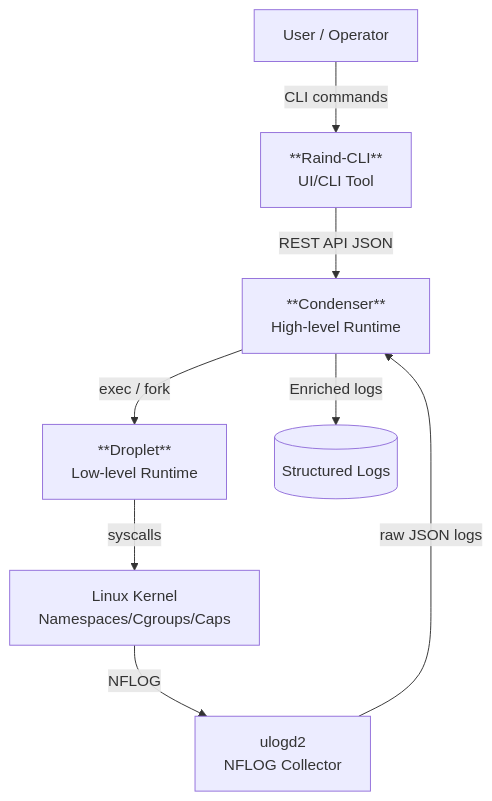
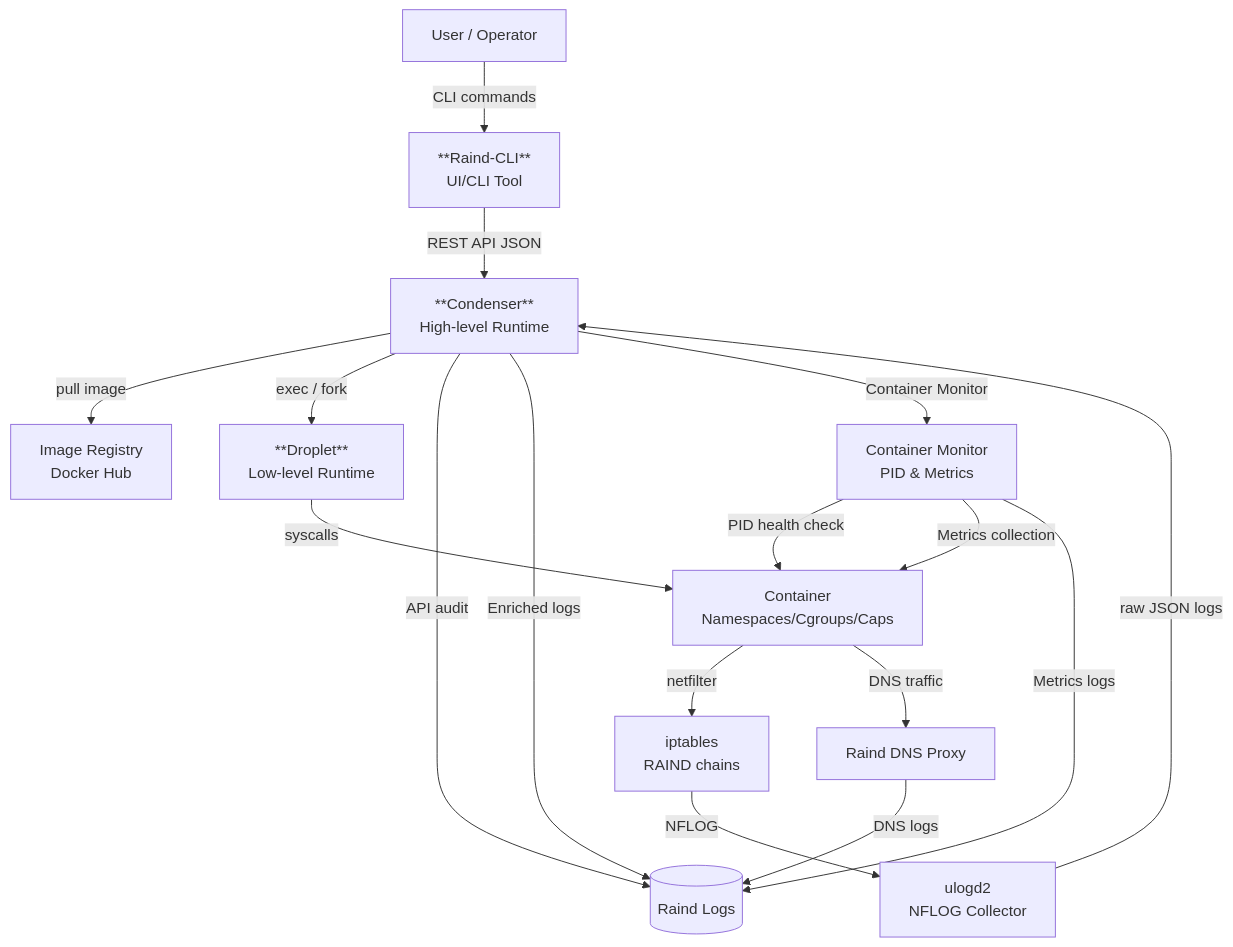
The diagram in docs/design.md (shizuku198411/Raind), drawn with Mermaid before and after one commit. The commit also changed other lines of this file and 10 other files, not shown here.

````diff
--- a/docs/design.md
+++ b/docs/design.md
@@ -16,21 +15,36 @@
 ```mermaid
 flowchart TD
     User[User / Operator]
 
     CLI[**Raind-CLI**<br>UI/CLI Tool]
     Condenser[**Condenser**<br>High-level Runtime]
     Droplet[**Droplet**<br>Low-level Runtime]
-    Kernel[Linux Kernel<br>Namespaces/Cgroups/Caps]
+
+    Kernel[Container<br>Namespaces/Cgroups/Caps]
+    IPT[iptables<br>RAIND chains]
     Ulogd[ulogd2<br>NFLOG Collector]
+    DNS[Raind DNS Proxy]
+    Registry[Image Registry<br>Docker Hub]
+    Monitor[Container Monitor<br>PID & Metrics]
 
     User -->|CLI commands| CLI
     CLI -->|REST API JSON| Condenser
 
+    Condenser -->|pull image| Registry
     Condenser -->|exec / fork| Droplet
     Droplet -->|syscalls| Kernel
 
-    Kernel -->|NFLOG| Ulogd
     Ulogd -->|raw JSON logs| Condenser
+    Kernel -->|netfilter| IPT
+    IPT -->|NFLOG| Ulogd
 
-    Condenser -->|Enriched logs| Logs[(Structured Logs)]
+    Condenser -->|API audit| Logs
+    Condenser -->|Enriched logs| Logs[(Raind Logs)]
+    Condenser -->|Container Monitor| Monitor
+    Monitor -->|PID health check| Kernel
+    Monitor -->|Metrics collection| Kernel
+    Monitor -->|Metrics logs| Logs
+    Kernel -->|DNS traffic| DNS
+    DNS -->|DNS logs| Logs
+
 ```
````
